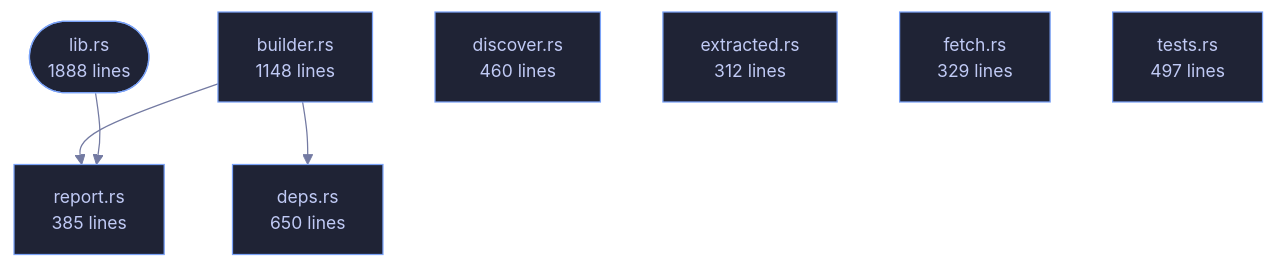
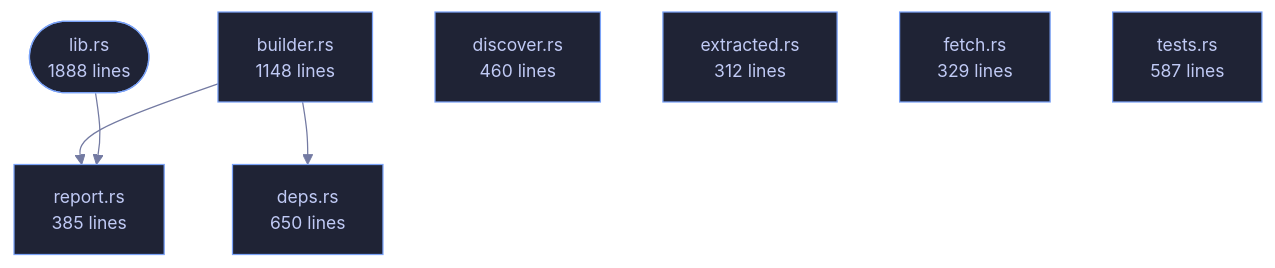
Before and after one commit to tilas01/veilvoice: the diagram in crates/veilvoice-verify/README.md, drawn with Mermaid. The commit also changed other lines of this file and 98 other files, not shown here.

````diff
--- a/crates/veilvoice-verify/README.md
+++ b/crates/veilvoice-verify/README.md
@@ -93,23 +93,23 @@
 ```mermaid
 %%{init: {"theme":"base","themeVariables":{"background":"#1a1b26","primaryColor":"#1f2335","primaryTextColor":"#c0caf5","primaryBorderColor":"#7aa2f7","secondaryColor":"#16161e","tertiaryColor":"#16161e","lineColor":"#737aa2","textColor":"#c0caf5","mainBkg":"#1f2335","nodeBorder":"#7aa2f7","clusterBkg":"#16161e","clusterBorder":"#2f3549","fontFamily":"ui-monospace, SFMono-Regular, Consolas, monospace","fontSize":"14px"}}}%%
 flowchart TD
     n_lib(["lib.rs<br/>1888 lines"])
     n_builder["builder.rs<br/>1148 lines"]
     n_deps["deps.rs<br/>650 lines"]
     n_discover["discover.rs<br/>460 lines"]
     n_extracted["extracted.rs<br/>312 lines"]
     n_fetch["fetch.rs<br/>329 lines"]
     n_report["report.rs<br/>385 lines"]
-    n_tests["tests.rs<br/>497 lines"]
+    n_tests["tests.rs<br/>587 lines"]
     n_builder --> n_deps
     n_builder --> n_report
     n_lib --> n_report
     click n_lib href "https://github.com/tilas01/veilvoice/blob/main/crates/veilvoice-verify/src/lib.rs" "open the source"
     click n_builder href "https://github.com/tilas01/veilvoice/blob/main/crates/veilvoice-verify/src/builder.rs" "open the source"
     click n_deps href "https://github.com/tilas01/veilvoice/blob/main/crates/veilvoice-verify/src/deps.rs" "open the source"
     click n_discover href "https://github.com/tilas01/veilvoice/blob/main/crates/veilvoice-verify/src/discover.rs" "open the source"
     click n_extracted href "https://github.com/tilas01/veilvoice/blob/main/crates/veilvoice-verify/src/extracted.rs" "open the source"
     click n_fetch href "https://github.com/tilas01/veilvoice/blob/main/crates/veilvoice-verify/src/fetch.rs" "open the source"
     click n_report href "https://github.com/tilas01/veilvoice/blob/main/crates/veilvoice-verify/src/report.rs" "open the source"
     click n_tests href "https://github.com/tilas01/veilvoice/blob/main/crates/veilvoice-verify/src/tests.rs" "open the source"
 ```
````
